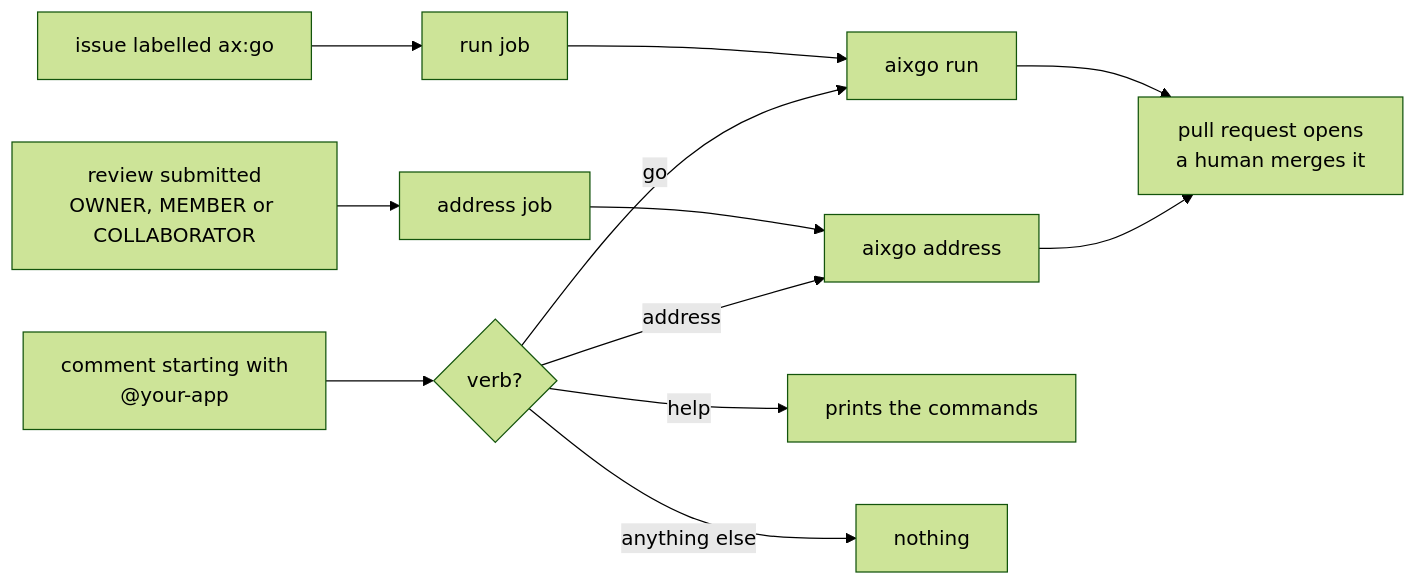
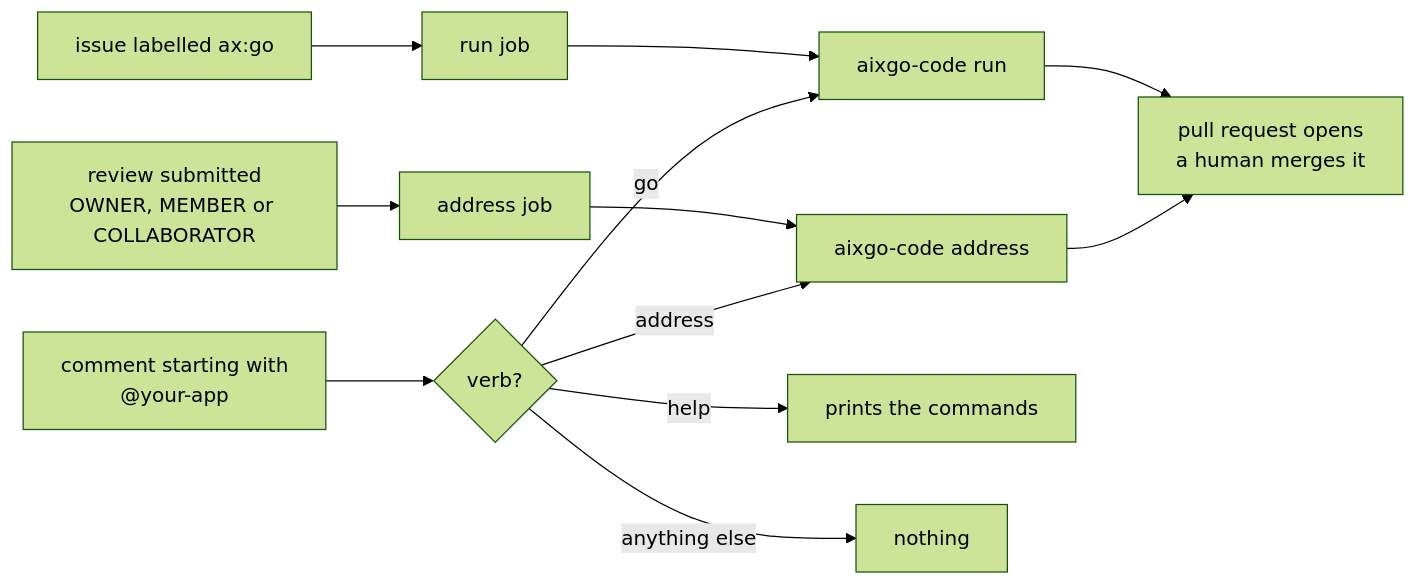
One commit to aixgo-dev/code changed the diagram in README.md. Above: the diagram before and after it, drawn with Mermaid (forest theme). The commit also changed other lines of this file and 18 other files, not shown here.

First line of the commit message:
Rename the binary to aixgo-code; the framework owns aixgo (#143)

````diff
--- a/README.md
+++ b/README.md
@@ -117,16 +117,16 @@
 ```mermaid
 flowchart LR
     L["issue labelled ax:go"] --> R["run job"]
     V["review submitted<br/>OWNER, MEMBER or COLLABORATOR"] --> A["address job"]
     C["comment starting with<br/>@your-app"] --> P{"verb?"}
 
-    R --> RC["aixgo run"]
-    A --> AC["aixgo address"]
+    R --> RC["aixgo-code run"]
+    A --> AC["aixgo-code address"]
     P -->|"go"| RC
     P -->|"address"| AC
     P -->|"help"| H["prints the commands"]
     P -->|"anything else"| N["nothing"]
 
     RC --> PR["pull request opens<br/>a human merges it"]
     AC --> PR
 ```
````
